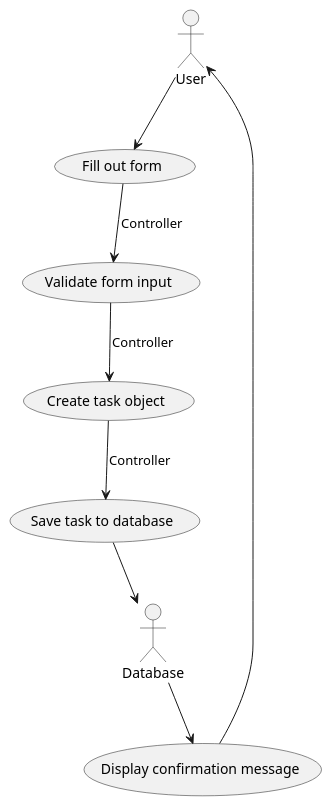
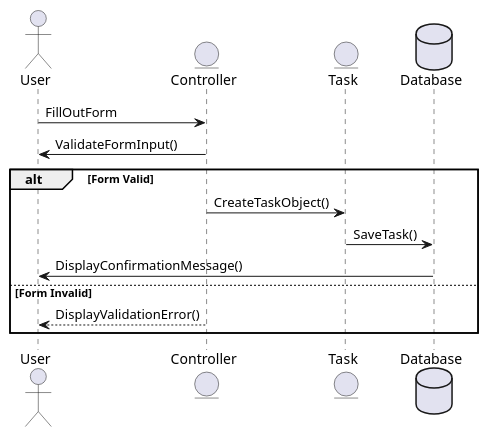
One commit to AlexMyddleware/p8-todo-from-scratch changed the diagram in UML-PlantUml/Use cases/createTask.puml. Above: the diagram before and after it, drawn with PlantUML. The commit also changed 1 other file, not shown here.

Commit message:
create task sequence

```diff
--- a/UML-PlantUml/Use cases/createTask.puml
+++ b/UML-PlantUml/Use cases/createTask.puml
@@ -1,20 +1,16 @@
-@startuml createTask
+@startuml CreateTask
+actor User
+entity Controller
+entity Task
+database Database
 
-actor User
-actor Database
-
-usecase FillOutForm as "Fill out form"
-usecase ValidateForm as "Validate form input"
-usecase CreateTask as "Create task object"
-usecase SaveTask as "Save task to database"
-usecase DisplayConfirmation as "Display confirmation message"
-
-User --> FillOutForm
-FillOutForm --> ValidateForm : Controller
-ValidateForm --> CreateTask : Controller
-CreateTask --> SaveTask : Controller
-SaveTask --> Database
-Database --> DisplayConfirmation
-DisplayConfirmation --> User
-
+User -> Controller : FillOutForm
+Controller -> User : ValidateFormInput()
+alt Form Valid
+    Controller -> Task : CreateTaskObject()
+    Task -> Database : SaveTask()
+    Database -> User : DisplayConfirmationMessage()
+else Form Invalid
+    User <-- Controller : DisplayValidationError()
+end
 @enduml
```
